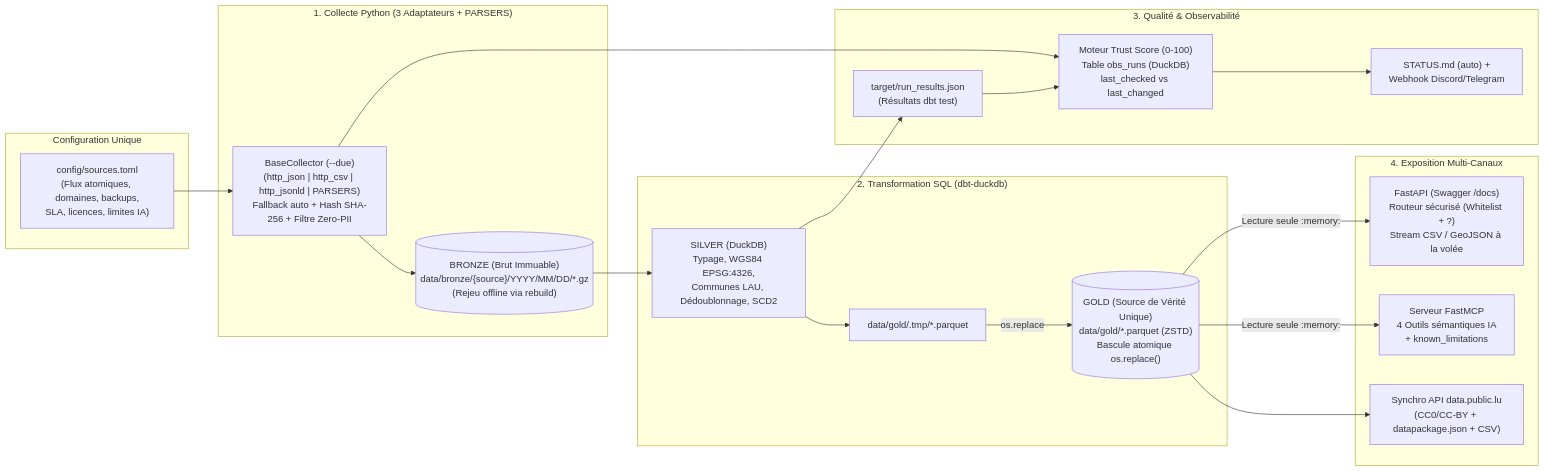
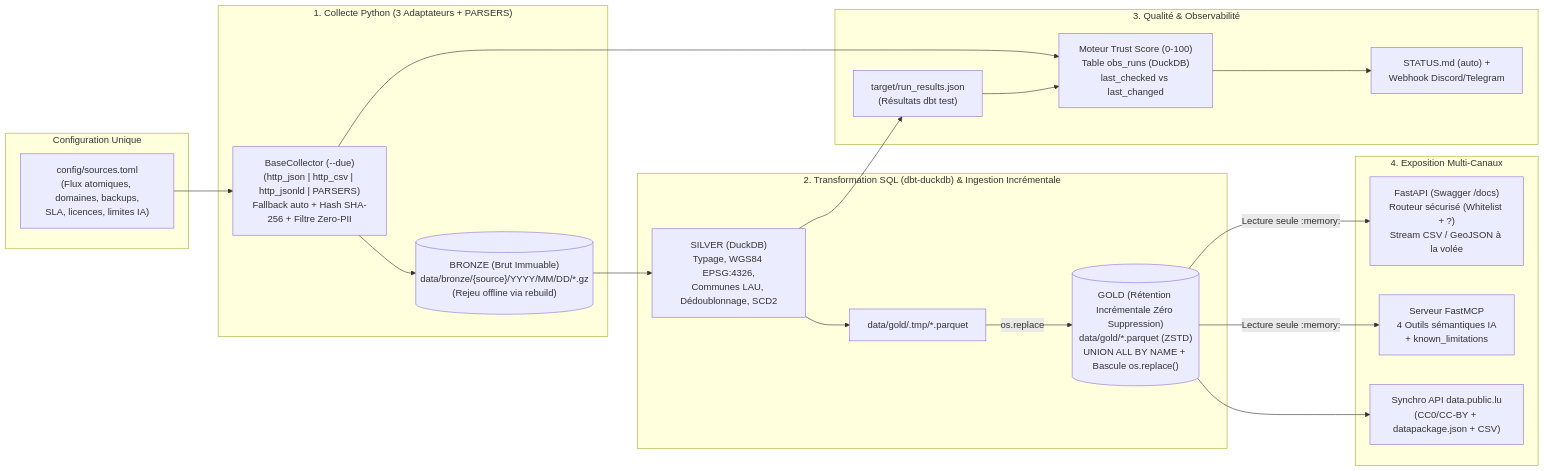
Before and after one commit to quen9669/OpenLux: the diagram in OPENLUX_BLUEPRINT.md, drawn with Mermaid. The commit also changed other lines of this file and 118 other files, not shown here.

Commit message:
feat(ci): add scheduled GitHub Actions data reload workflow and track gold parquets

````diff
--- a/OPENLUX_BLUEPRINT.md
+++ b/OPENLUX_BLUEPRINT.md
@@ -41,42 +44,42 @@
 ```mermaid
 flowchart LR
     subgraph CFG["Configuration Unique"]
         TOML["config/sources.toml<br/>(Flux atomiques, domaines, backups,<br/>SLA, licences, limites IA)"]
     end
 
     subgraph ING["1. Collecte Python (3 Adaptateurs + PARSERS)"]
         ADAPT["BaseCollector (--due)<br/>(http_json | http_csv | http_jsonld | PARSERS)<br/>Fallback auto + Hash SHA-256 + Filtre Zero-PII"]
         BRZ[("BRONZE (Brut Immuable)<br/>data/bronze/{source}/YYYY/MM/DD/*.gz<br/>(Rejeu offline via rebuild)")]
     end
 
-    subgraph TRF["2. Transformation SQL (dbt-duckdb)"]
+    subgraph TRF["2. Transformation SQL (dbt-duckdb) & Ingestion Incrémentale"]
         SLV["SILVER (DuckDB)<br/>Typage, WGS84 EPSG:4326,<br/>Communes LAU, Dédoublonnage, SCD2"]
         TMP["data/gold/.tmp/*.parquet"]
-        GLD[("GOLD (Source de Vérité Unique)<br/>data/gold/*.parquet (ZSTD)<br/>Bascule atomique os.replace()")]
+        GLD[("GOLD (Rétention Incrémentale Zéro Suppression)<br/>data/gold/*.parquet (ZSTD)<br/>UNION ALL BY NAME + Bascule os.replace()")]
     end
 
     subgraph OBS["3. Qualité & Observabilité"]
         DBTR["target/run_results.json<br/>(Résultats dbt test)"]
         DQ["Moteur Trust Score (0-100)<br/>Table obs_runs (DuckDB)<br/>last_checked vs last_changed"]
         STAT["STATUS.md (auto) +<br/>Webhook Discord/Telegram"]
     end
 
     subgraph EXP["4. Exposition Multi-Canaux"]
         API["FastAPI (Swagger /docs)<br/>Routeur sécurisé (Whitelist + ?)<br/>Stream CSV / GeoJSON à la volée"]
         MCP["Serveur FastMCP<br/>4 Outils sémantiques IA<br/>+ known_limitations"]
         ODL["Synchro API data.public.lu<br/>(CC0/CC-BY + datapackage.json + CSV)"]
     end
 
     TOML --> ADAPT
     ADAPT --> BRZ
     BRZ --> SLV
     SLV --> TMP
     TMP -->|os.replace| GLD
     ADAPT --> DQ
     SLV --> DBTR
     DBTR --> DQ
     DQ --> STAT
     GLD -->|Lecture seule :memory:| API
     GLD -->|Lecture seule :memory:| MCP
     GLD --> ODL
 ```
````
